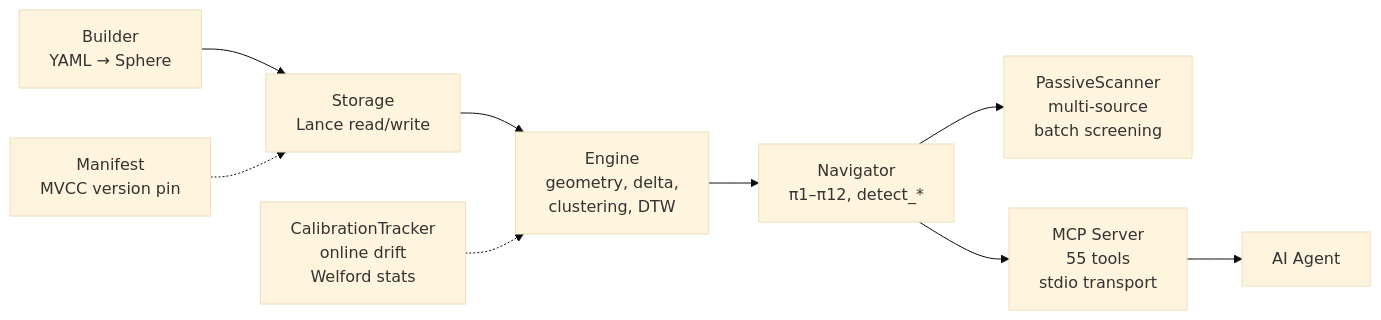
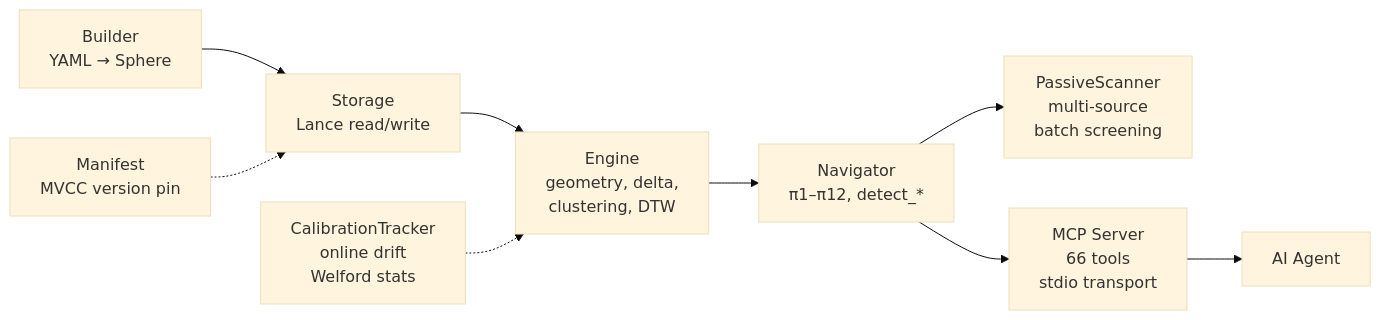
Before and after one commit to hypertopos/hypertopos-py: the fifth of 6 diagrams in docs/architecture.md, drawn with Mermaid (base theme). The commit also changed other lines of this file and 27 other files, not shown here.

````diff
--- a/docs/architecture.md
+++ b/docs/architecture.md
@@ -168,11 +172,11 @@
 ```mermaid
 graph LR
     B["Builder\nYAML → Sphere"] --> ST["Storage\nLance read/write"]
     ST --> E["Engine\ngeometry, delta,\nclustering, DTW"]
     E --> N["Navigator\nπ1–π12, detect_*"]
     N --> PS["PassiveScanner\nmulti-source\nbatch screening"]
-    N --> MCP["MCP Server\n55 tools\nstdio transport"]
+    N --> MCP["MCP Server\n66 tools\nstdio transport"]
     MCP --> Agent["AI Agent"]
     CT["CalibrationTracker\nonline drift\nWelford stats"] -.-> E
     M["Manifest\nMVCC version pin"] -.-> ST
 ```
````
